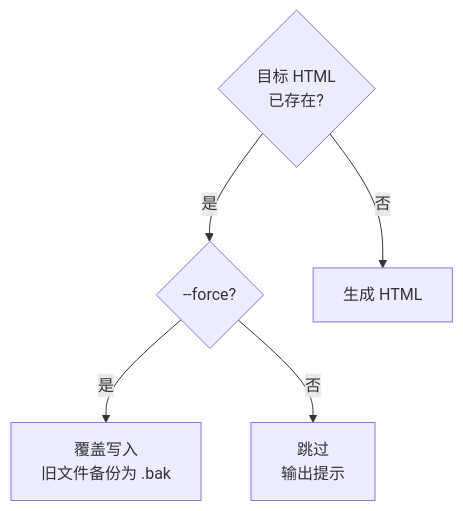
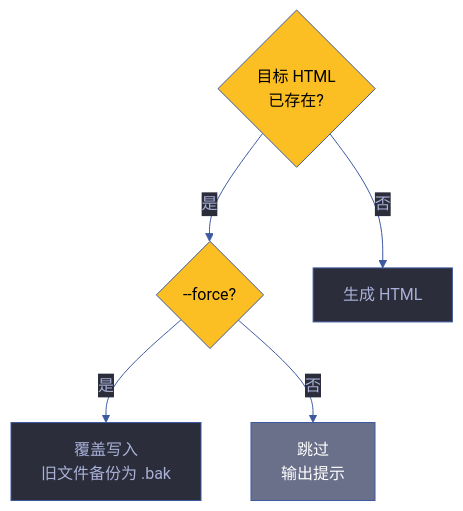
Before and after one commit to effiy/YrY: the fourth of 7 diagrams in skills/rui-html/SKILL.md, drawn with Mermaid. The commit also changed other lines of this file and 1028 other files, not shown here.

````diff
--- a/skills/rui-html/SKILL.md
+++ b/skills/rui-html/SKILL.md
@@ -130,7 +151,19 @@
 ```mermaid
+%%{init: {'theme': 'base', 'themeVariables': {
+  'primaryColor': '#1e1f2b',
+  'primaryTextColor': '#a9b1d6',
+  'primaryBorderColor': '#3d59a1',
+  'lineColor': '#3d59a1',
+  'secondaryColor': '#2b2d3b',
+  'tertiaryColor': '#21232f'
+}}}%%
 flowchart TD
     Q{"目标 HTML<br/>已存在?"}:::gate -->|"是"| Q2{"--force?"}:::gate
     Q -->|"否"| GEN["生成 HTML"]:::write
     Q2 -->|"是"| OVERWRITE["覆盖写入<br/>旧文件备份为 .bak"]:::write
     Q2 -->|"否"| SKIP["跳过<br/>输出提示"]:::skip
+
+    classDef gate fill:#fbbf24,color:#000
+    classDef write fill:#2b2d3b,stroke:#3d59a1,color:#a9b1d6
+    classDef skip fill:#6b708a,color:#fff
 ```
````
